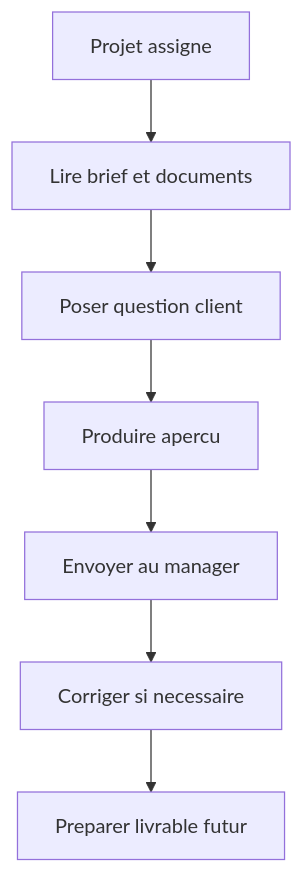
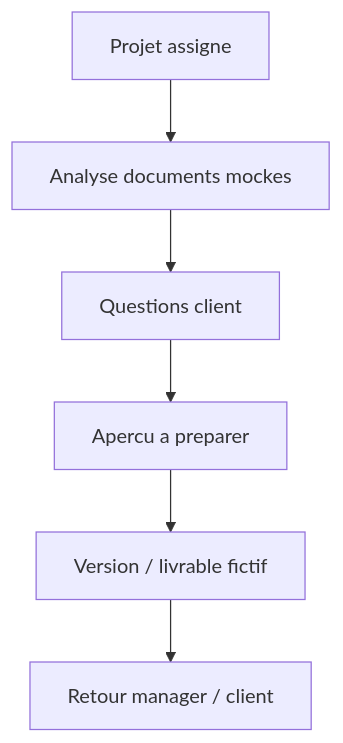
The third of 3 diagrams in docs/user-flows.md (RAYAN-DOB/vellum), drawn with Mermaid before and after one commit. The commit also changed other lines of this file and 42 other files, not shown here.

Commit message:
Rebuild visual identity with architectural premium UI

````diff
--- a/docs/user-flows.md
+++ b/docs/user-flows.md
@@ -33,9 +34,8 @@
 ```mermaid
 flowchart TD
-  Assigned["Projet assigne"] --> ReadBrief["Lire brief et documents"]
-  ReadBrief --> Ask["Poser question client"]
-  Ask --> Produce["Produire apercu"]
-  Produce --> Review["Envoyer au manager"]
-  Review --> Iterate["Corriger si necessaire"]
-  Iterate --> Deliver["Preparer livrable futur"]
+  Assigned["Projet assigne"] --> ReadDocs["Analyse documents mockes"]
+  ReadDocs --> Questions["Questions client"]
+  Questions --> Preview["Apercu a preparer"]
+  Preview --> Version["Version / livrable fictif"]
+  Version --> Review["Retour manager / client"]
 ```
````
